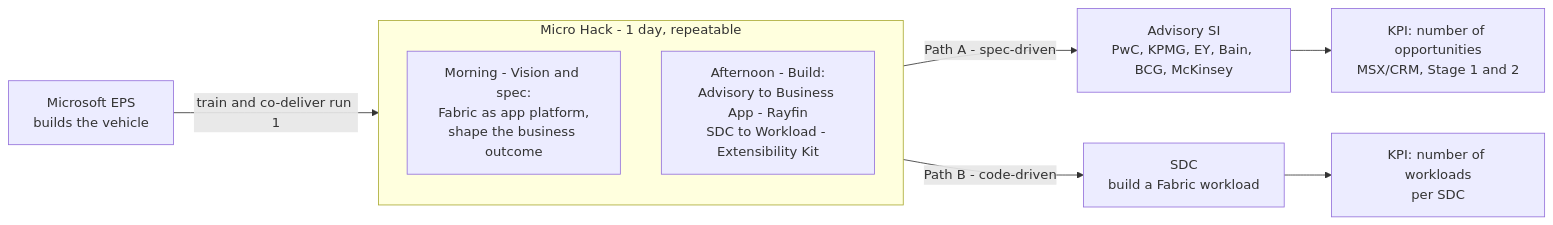
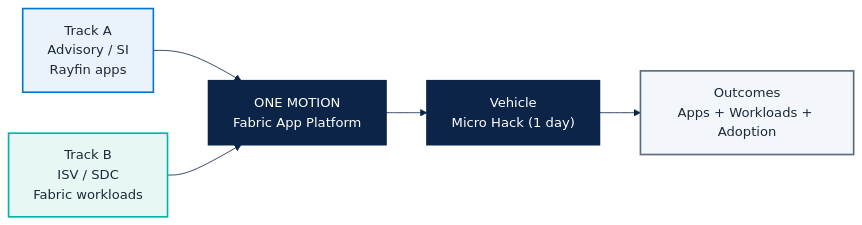
Before and after one commit to fredgis/FY27FabricMotion: the first of 2 diagrams in docs/app-motion-overview.md, drawn with Mermaid. The commit also changed other lines of this file and 15 other files, not shown here.

````diff
--- a/docs/app-motion-overview.md
+++ b/docs/app-motion-overview.md
@@ -31,12 +7,23 @@
 ```mermaid
+%%{init: {'theme':'base','themeVariables':{
+  'primaryColor':'#EAF3FB',
+  'primaryTextColor':'#1B2A3A',
+  'primaryBorderColor':'#0078D4',
+  'lineColor':'#0B2447',
+  'secondaryColor':'#E6F7F4',
+  'tertiaryColor':'#F3F7FB'
+}}}%%
 flowchart LR
-    MS["Microsoft EPS<br/>builds the vehicle"] -->|train and co-deliver run 1| Vehicle
-    subgraph Vehicle["Micro Hack - 1 day, repeatable"]
-        AM["Morning - Vision and spec:<br/>Fabric as app platform,<br/>shape the business outcome"]
-        PM["Afternoon - Build:<br/>Advisory to Business App - Rayfin<br/>SDC to Workload - Extensibility Kit"]
-    end
-    Vehicle -->|Path A - spec-driven| ADV["Advisory SI<br/>PwC, KPMG, EY, Bain, BCG, McKinsey"]
-    Vehicle -->|Path B - code-driven| SDC["SDC<br/>build a Fabric workload"]
-    ADV --> KPIa["KPI: number of opportunities<br/>MSX/CRM, Stage 1 and 2"]
-    SDC --> KPIb["KPI: number of workloads<br/>per SDC"]
+    A["Track A<br/>Advisory / SI<br/>Rayfin apps"] --> M["ONE MOTION<br/>Fabric App Platform"]
+    B["Track B<br/>ISV / SDC<br/>Fabric workloads"] --> M
+    M --> V["Vehicle<br/>Micro Hack (1 day)"]
+    V --> O["Outcomes<br/>Apps + Workloads + Adoption"]
+    classDef a fill:#EAF3FB,stroke:#0078D4,color:#1B2A3A,stroke-width:2px;
+    classDef b fill:#E6F7F4,stroke:#00B4A6,color:#1B2A3A,stroke-width:2px;
+    classDef c fill:#0B2447,stroke:#0B2447,color:#FFFFFF,stroke-width:2px;
+    classDef d fill:#F3F7FB,stroke:#5B6B7B,color:#1B2A3A,stroke-width:2px;
+    class A a;
+    class B b;
+    class M,V c;
+    class O d;
 ```
````
